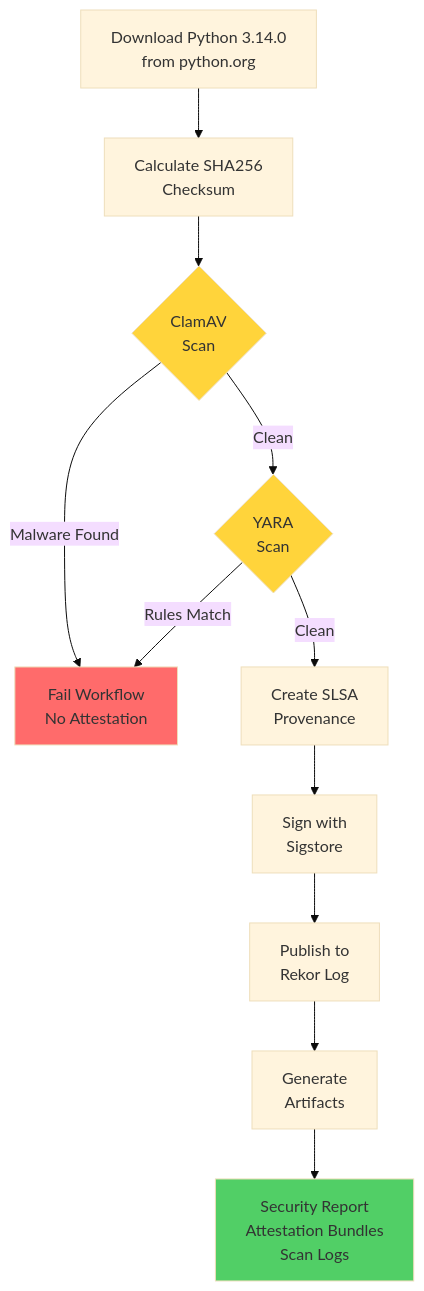
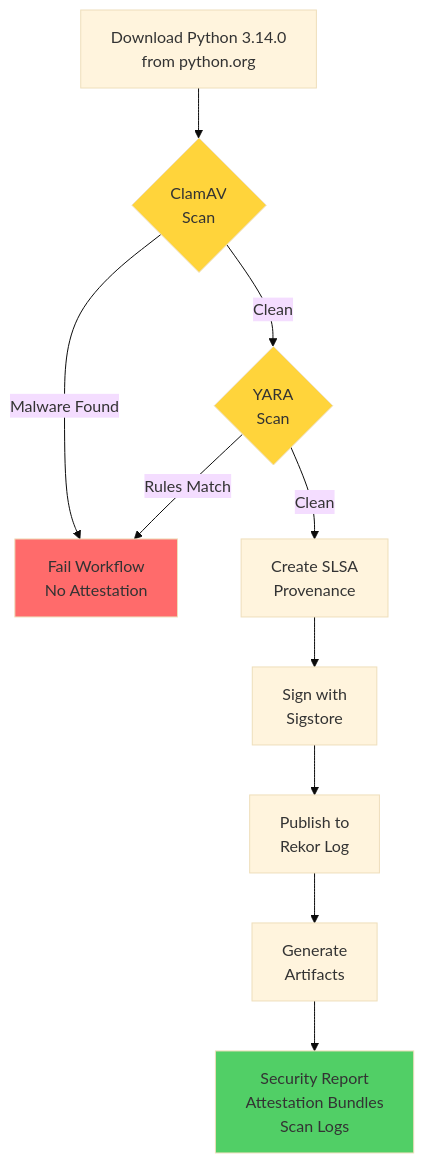
One commit to naveensrinivasan/release-dir-list changed the first of 2 diagrams in SECURITY_ATTESTATION_REPORT.md. Above: the diagram before and after it, drawn with Mermaid (base theme). The commit also changed other lines of this file, not shown here.

Commit message:
Refactor Security Attestation Report for Clarity and Accuracy
- Simplify workflow diagrams to enhance readability, focusing on the scanning process and attestation steps.
- Update documentation to clarify the role of SHA256 as a file identifier rather than a verification step.
- Revise language in the report to better reflect the security measures taken during the download and scanning of Python executables.

````diff
--- a/SECURITY_ATTESTATION_REPORT.md
+++ b/SECURITY_ATTESTATION_REPORT.md
@@ -27,18 +27,17 @@
 ```mermaid
 flowchart TD
-    A[Download Python 3.14.0<br/>from python.org] --> B[Calculate SHA256<br/>Checksum]
-    B --> C{ClamAV<br/>Scan}
-    C -->|Clean| D{YARA<br/>Scan}
-    C -->|Malware Found| E[Fail Workflow<br/>No Attestation]
-    D -->|Clean| F[Create SLSA<br/>Provenance]
-    D -->|Rules Match| E
-    F --> G[Sign with<br/>Sigstore]
-    G --> H[Publish to<br/>Rekor Log]
-    H --> I[Generate<br/>Artifacts]
-    I --> J[Security Report<br/>Attestation Bundles<br/>Scan Logs]
+    A[Download Python 3.14.0<br/>from python.org] --> B{ClamAV<br/>Scan}
+    B -->|Clean| C{YARA<br/>Scan}
+    B -->|Malware Found| D[Fail Workflow<br/>No Attestation]
+    C -->|Clean| E[Create SLSA<br/>Provenance]
+    C -->|Rules Match| D
+    E --> F[Sign with<br/>Sigstore]
+    F --> G[Publish to<br/>Rekor Log]
+    G --> H[Generate<br/>Artifacts]
+    H --> I[Security Report<br/>Attestation Bundles<br/>Scan Logs]
     
-    style E fill:#ff6b6b
-    style J fill:#51cf66
+    style D fill:#ff6b6b
+    style I fill:#51cf66
+    style B fill:#ffd43b
     style C fill:#ffd43b
-    style D fill:#ffd43b
 ```
````
